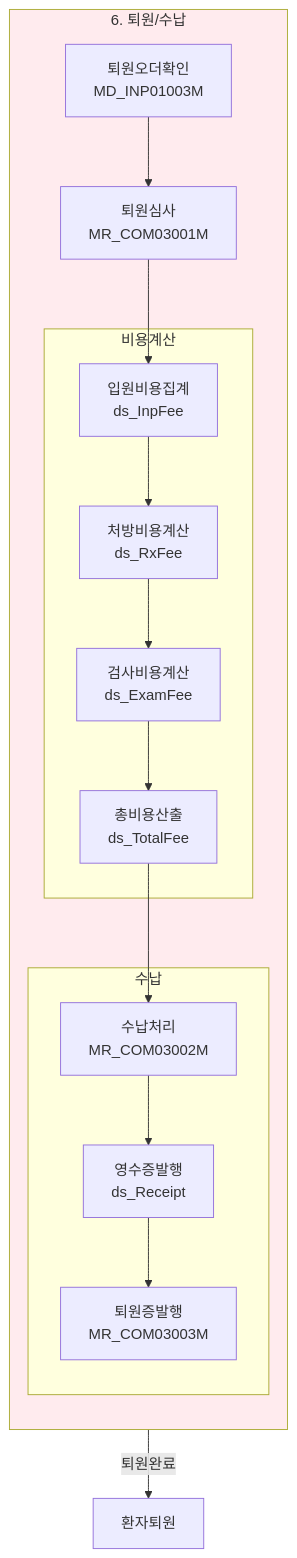
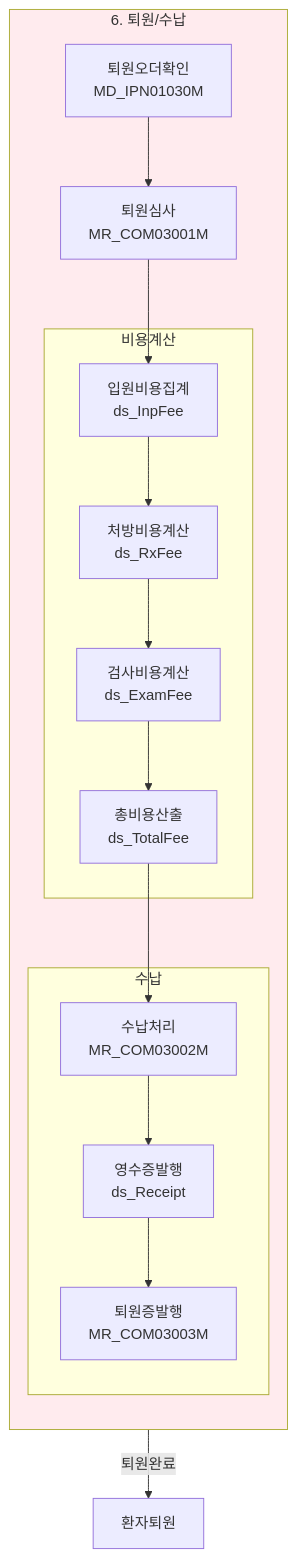
The ninth of 10 diagrams in patient-journey-simulation.md (forsylph/nph), drawn with Mermaid before and after one commit. The commit also changed other lines of this file and 2 other files, not shown here.

````diff
--- a/patient-journey-simulation.md
+++ b/patient-journey-simulation.md
@@ -896,35 +903,35 @@
 ```mermaid
 flowchart TB
     subgraph Sub6["6. 퇴원/수납"]
         direction TB
 
-        DC1["퇴원오더확인<br/>MD_INP01003M"]
+        DC1["퇴원오더확인<br/>MD_IPN01030M"]
         DC2["퇴원심사<br/>MR_COM03001M"]
 
         subgraph Calculation["비용계산"]
             C1["입원비용집계<br/>ds_InpFee"]
             C2["처방비용계산<br/>ds_RxFee"]
             C3["검사비용계산<br/>ds_ExamFee"]
             C4["총비용산출<br/>ds_TotalFee"]
         end
 
         subgraph Payment["수납"]
             P1["수납처리<br/>MR_COM03002M"]
             P2["영수증발행<br/>ds_Receipt"]
             P3["퇴원증발행<br/>MR_COM03003M"]
         end
 
         DC1 --> DC2
         DC2 --> C1
         C1 --> C2
         C2 --> C3
         C3 --> C4
         C4 --> P1
         P1 --> P2
         P2 --> P3
     end
 
     P3 -->|퇴원완료| END["환자퇴원"]
 
     style Sub6 fill:#ffebee
 ```
````
